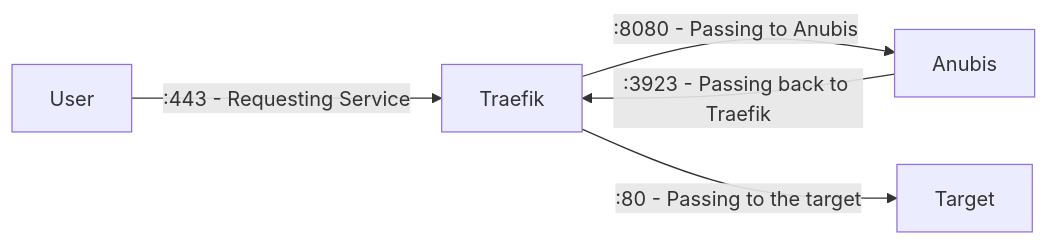
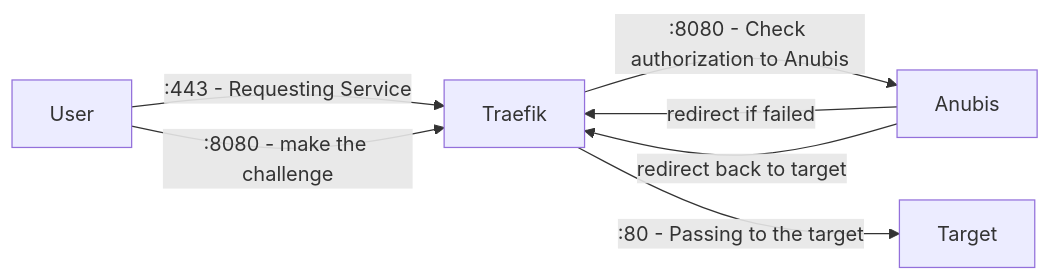
Before and after one commit to TecharoHQ/anubis: the diagram in docs/docs/admin/environments/traefik.mdx, drawn with Mermaid. The commit also changed other lines of this file and 7 other files, not shown here.

Commit message:
feat: support HTTP redirect for forward authentication middleware in Traefik

````diff
--- a/docs/docs/admin/environments/traefik.mdx
+++ b/docs/docs/admin/environments/traefik.mdx
@@ -35,12 +25,14 @@
 ```mermaid
 flowchart LR
 user[User]
 traefik[Traefik]
 anubis[Anubis]
 target[Target]
 
 user-->|:443 - Requesting Service|traefik
-traefik-->|:8080 - Passing to Anubis|anubis
-anubis-->|:3923 - Passing back to Traefik|traefik
+traefik-->|:8080 - Check authorization to Anubis|anubis
+anubis-->|redirect if failed|traefik
+user-->|:8080 - make the challenge|traefik
+anubis-->|redirect back to target|traefik
 traefik-->|:80 - Passing to the target|target
 ```
````
